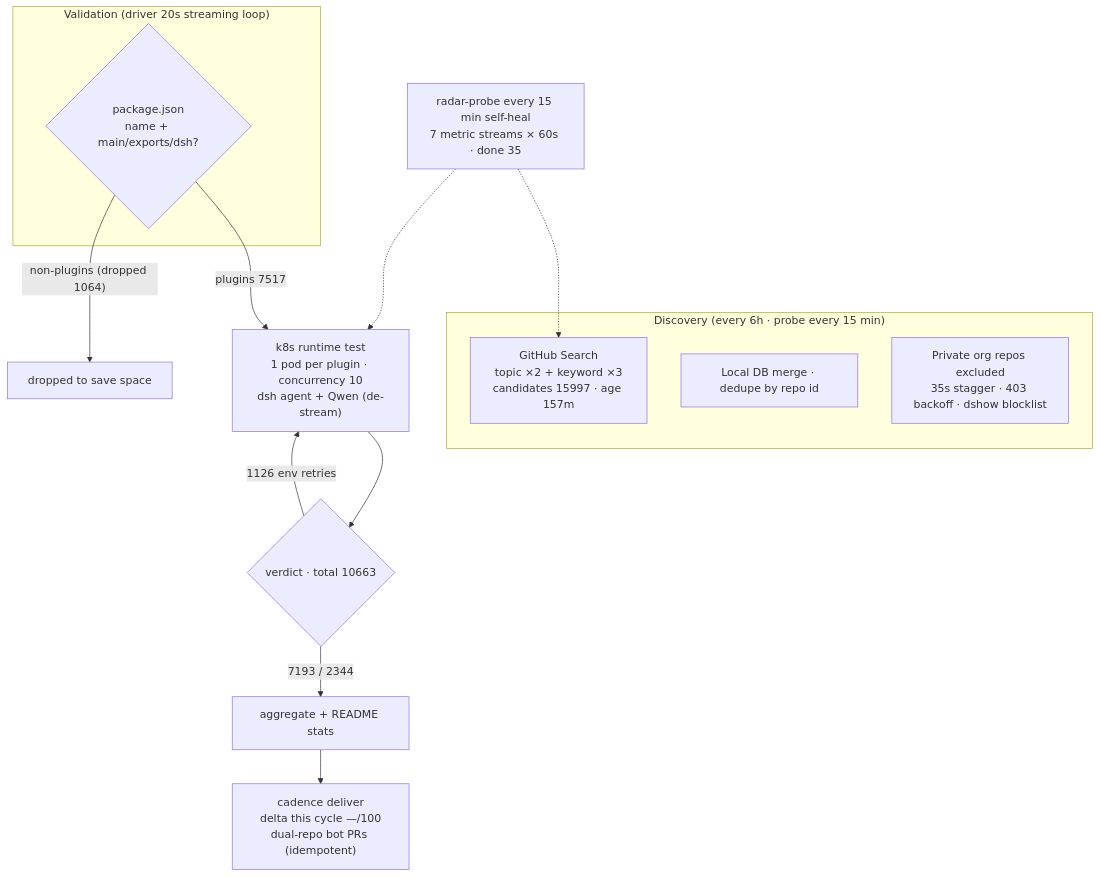
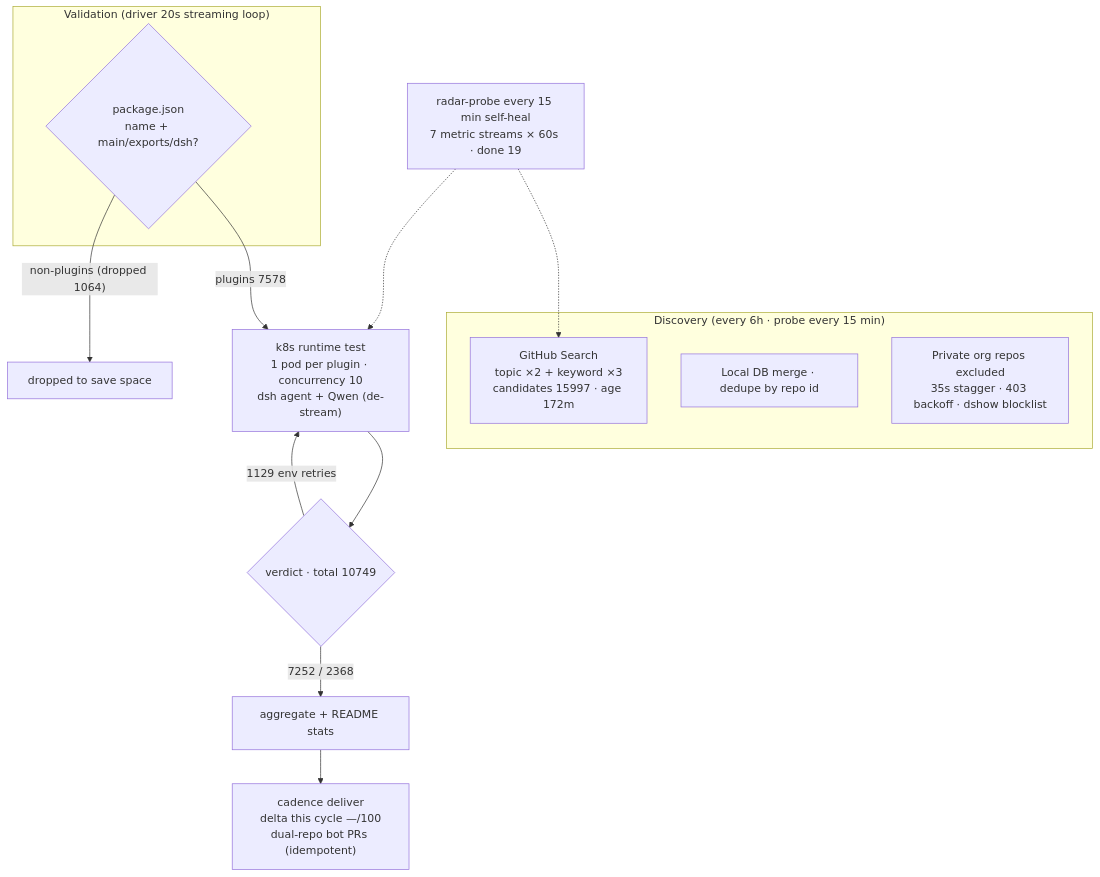
The diagram in README.en-US.md (AdamPlatin123/awesome-dsh-plugins), drawn with Mermaid before and after one commit. The commit also changed other lines of this file and 4 other files, not shown here.

````diff
--- a/README.en-US.md
+++ b/README.en-US.md
@@ -45,20 +45,20 @@
 ```mermaid
 flowchart TB
     subgraph Discovery["Discovery (every 6h · probe every 15 min)"]
-        A1["GitHub Search<br/>topic ×2 + keyword ×3<br/>candidates 15997 · age 157m"]
+        A1["GitHub Search<br/>topic ×2 + keyword ×3<br/>candidates 15997 · age 172m"]
         A2["Local DB merge · dedupe by repo id"]
         A3["Private org repos excluded<br/>35s stagger · 403 backoff · dshow blocklist"]
     end
     subgraph Validation["Validation (driver 20s streaming loop)"]
         B1{"package.json<br/>name + main/exports/dsh?"}
     end
-    B1 -->|"plugins 7517"| C1["k8s runtime test<br/>1 pod per plugin · concurrency 10<br/>dsh agent + Qwen (de-stream)"]
+    B1 -->|"plugins 7578"| C1["k8s runtime test<br/>1 pod per plugin · concurrency 10<br/>dsh agent + Qwen (de-stream)"]
     B1 -->|"non-plugins (dropped 1064)"| B3["dropped to save space"]
-    C1 --> D1{"verdict · total 10663"}
-    D1 -->|"7193 / 2344"| E1["aggregate + README stats"]
-    D1 -->|"1126 env retries"| C1
+    C1 --> D1{"verdict · total 10749"}
+    D1 -->|"7252 / 2368"| E1["aggregate + README stats"]
+    D1 -->|"1129 env retries"| C1
     E1 --> E2["cadence deliver<br/>delta this cycle —/100<br/>dual-repo bot PRs (idempotent)"]
-    M["radar-probe every 15 min self-heal<br/>7 metric streams × 60s · done 35"]
+    M["radar-probe every 15 min self-heal<br/>7 metric streams × 60s · done 19"]
     M -.-> A1
     M -.-> C1
 ```
````
